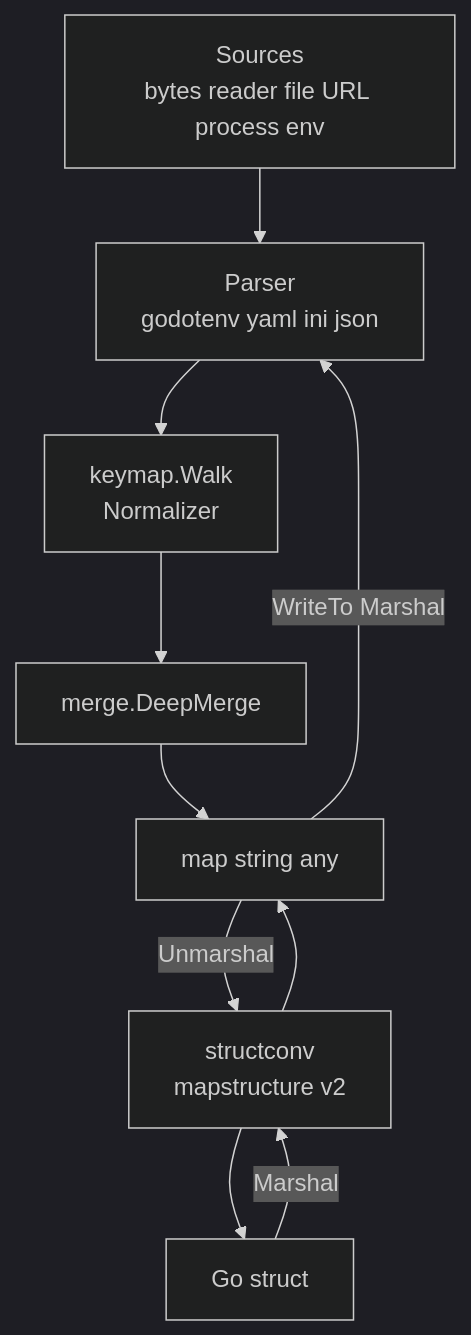
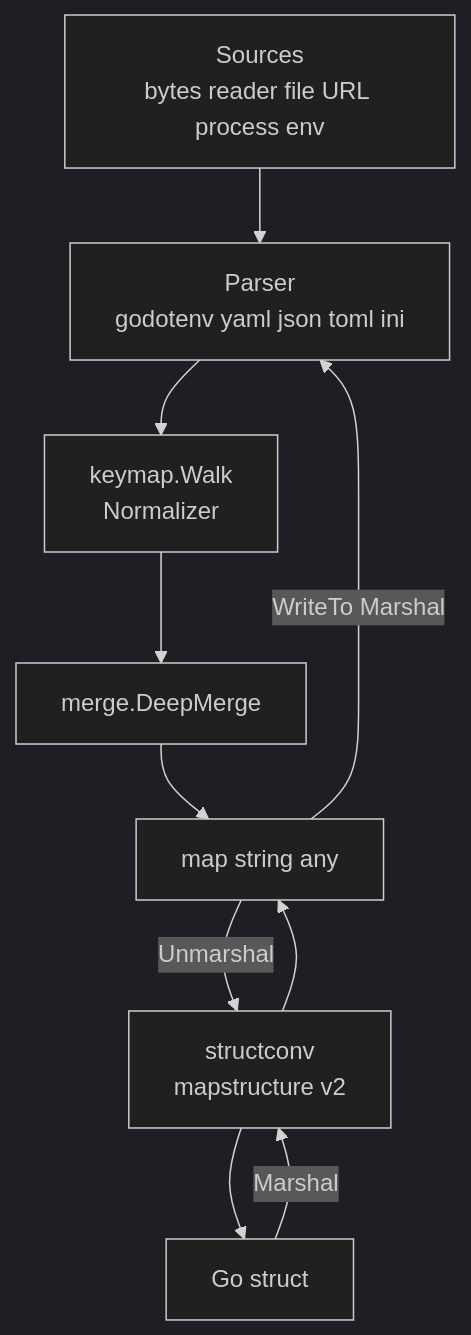
The diagram in README.md (eSlider/go-config), drawn with Mermaid (dark theme) before and after one commit. The commit also changed other lines of this file and 15 other files, not shown here.

````diff
--- a/README.md
+++ b/README.md
@@ -15,14 +15,14 @@
 ```mermaid
 flowchart TB
   Sources["Sources\nbytes reader file URL process env"]
-  Parser["Parser\ngodotenv yaml ini json"]
+  Parser["Parser\ngodotenv yaml json toml ini"]
   Norm["keymap.Walk\nNormalizer"]
   MergeOp["merge.DeepMerge"]
   Map["map string any"]
   MS["structconv\nmapstructure v2"]
   Struct["Go struct"]
   Sources --> Parser --> Norm --> MergeOp --> Map
   Map -->|Unmarshal| MS --> Struct
   Struct -->|Marshal| MS --> Map
   Map -->|WriteTo Marshal| Parser
 ```
````
